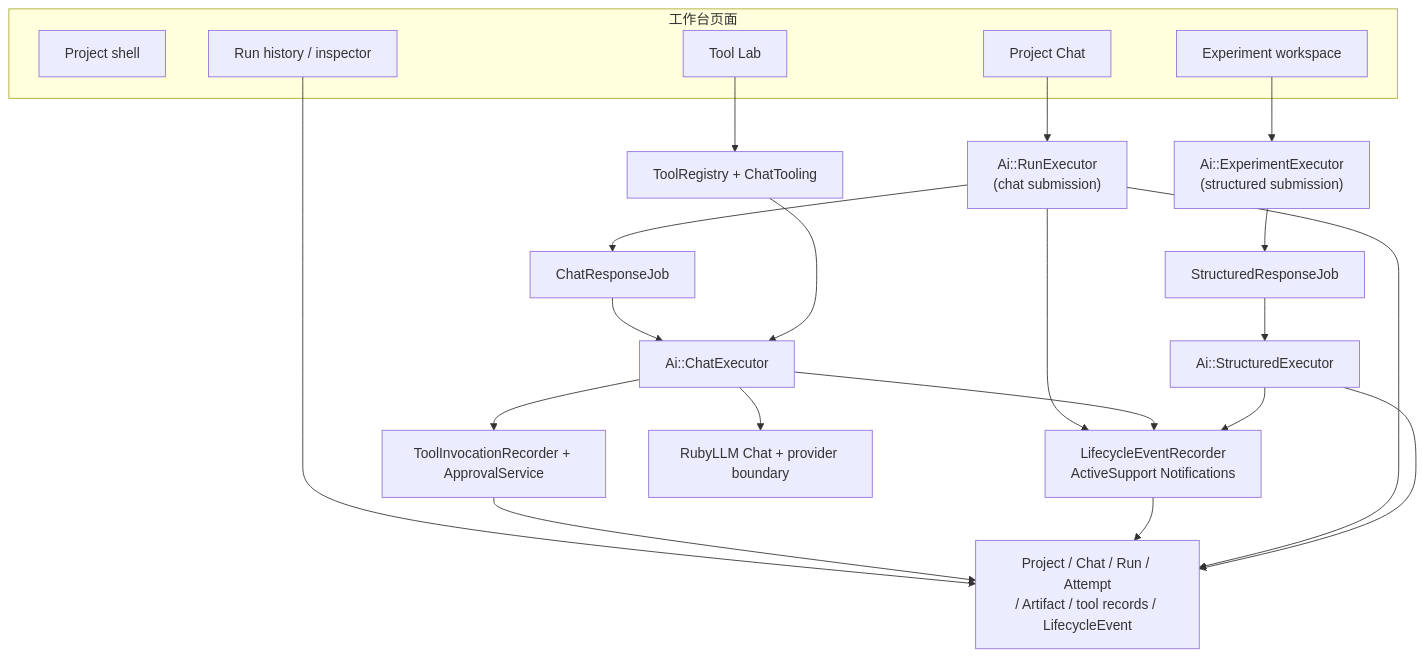
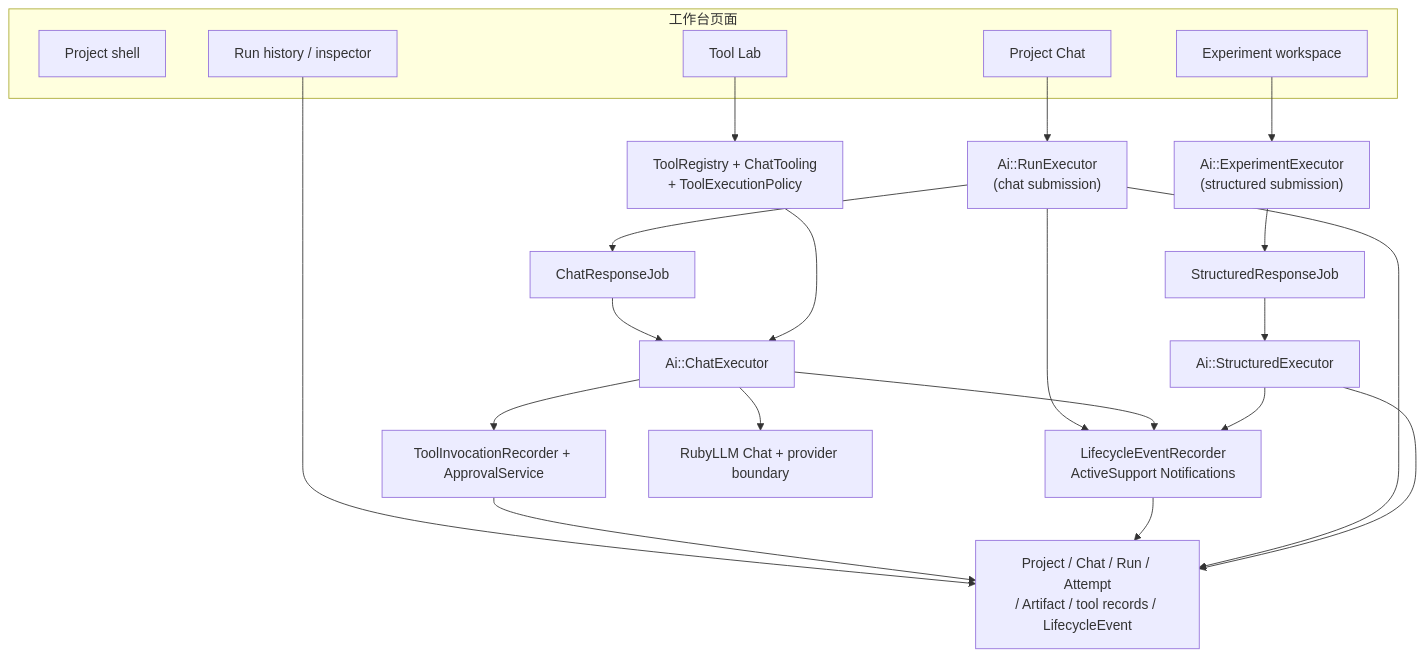
The second of 9 diagrams in docs/ARCHITECTURE.md (yorzi/rubyllm-workbench), drawn with Mermaid before and after one commit. The commit also changed other lines of this file and 29 other files, not shown here.

Commit message:
feat: add opt-in parallel tool execution policy

````diff
--- a/docs/ARCHITECTURE.md
+++ b/docs/ARCHITECTURE.md
@@ -47,41 +49,41 @@
 ```mermaid
 flowchart TD
     subgraph UI["工作台页面"]
         ProjectUI["Project shell"]
         ChatUI["Project Chat"]
         ExperimentUI["Experiment workspace"]
         ToolUI["Tool Lab"]
         RunUI["Run history / inspector"]
     end
 
     RunExecutor["Ai::RunExecutor\n(chat submission)"]
     ExperimentExecutor["Ai::ExperimentExecutor\n(structured submission)"]
     StructuredExecutor["Ai::StructuredExecutor"]
     ChatJob["ChatResponseJob"]
     StructuredJob["StructuredResponseJob"]
     ChatExecutor["Ai::ChatExecutor"]
-    Tooling["ToolRegistry + ChatTooling"]
+    Tooling["ToolRegistry + ChatTooling\n+ ToolExecutionPolicy"]
     Audit["ToolInvocationRecorder + ApprovalService"]
     Events["LifecycleEventRecorder\nActiveSupport Notifications"]
     Records["Project / Chat / Run / Attempt\n/ Artifact / tool records / LifecycleEvent"]
     RubyLLM["RubyLLM Chat + provider boundary"]
 
     ChatUI --> RunExecutor
     ExperimentUI --> ExperimentExecutor
     ToolUI --> Tooling
     RunUI --> Records
     RunExecutor --> ChatJob
     ExperimentExecutor --> StructuredJob
     StructuredJob --> StructuredExecutor
     ChatJob --> ChatExecutor
     ChatExecutor --> RubyLLM
     ChatExecutor --> Audit
     Audit --> Records
     RunExecutor --> Events
     ChatExecutor --> Events
     StructuredExecutor --> Events
     Events --> Records
     Tooling --> ChatExecutor
     RunExecutor --> Records
     StructuredExecutor --> Records
 ```
````
